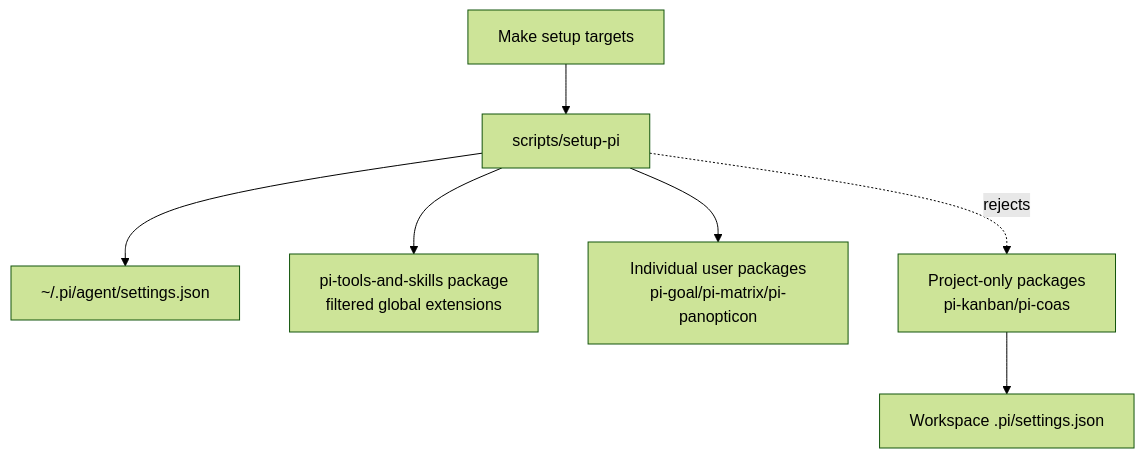
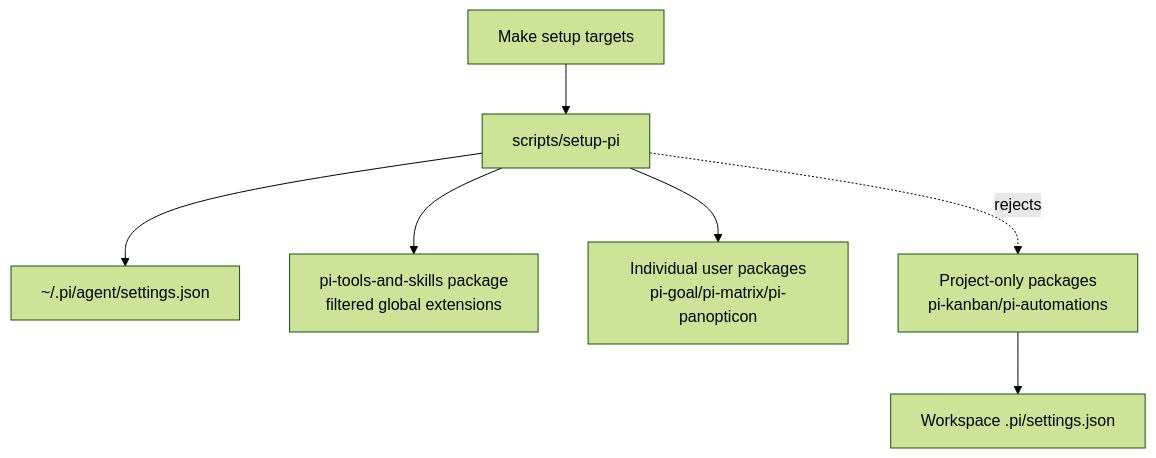
The tenth of 32 diagrams in docs/architecture.md (tS7hKamAYL84j91/pi-tools-and-skills), drawn with Mermaid (forest theme) before and after one commit. The commit also changed other lines of this file and 196 other files, not shown here.

First line of the commit message:
refactor!: rename pi-coas extension to pi-automations (hard cutover)

````diff
--- a/docs/architecture.md
+++ b/docs/architecture.md
@@ -341,9 +341,9 @@
 ```mermaid
 flowchart TD
   Make[Make setup targets] --> Setup[scripts/setup-pi]
   Setup --> Settings[~/.pi/agent/settings.json]
   Setup --> RootPackage[pi-tools-and-skills package\nfiltered global extensions]
   Setup --> UserPackage[Individual user packages\npi-goal/pi-matrix/pi-panopticon]
-  Setup -. rejects .-> ProjectOnly[Project-only packages\npi-kanban/pi-coas]
+  Setup -. rejects .-> ProjectOnly[Project-only packages\npi-kanban/pi-automations]
   ProjectOnly --> Workspace[Workspace .pi/settings.json]
 ```
````
